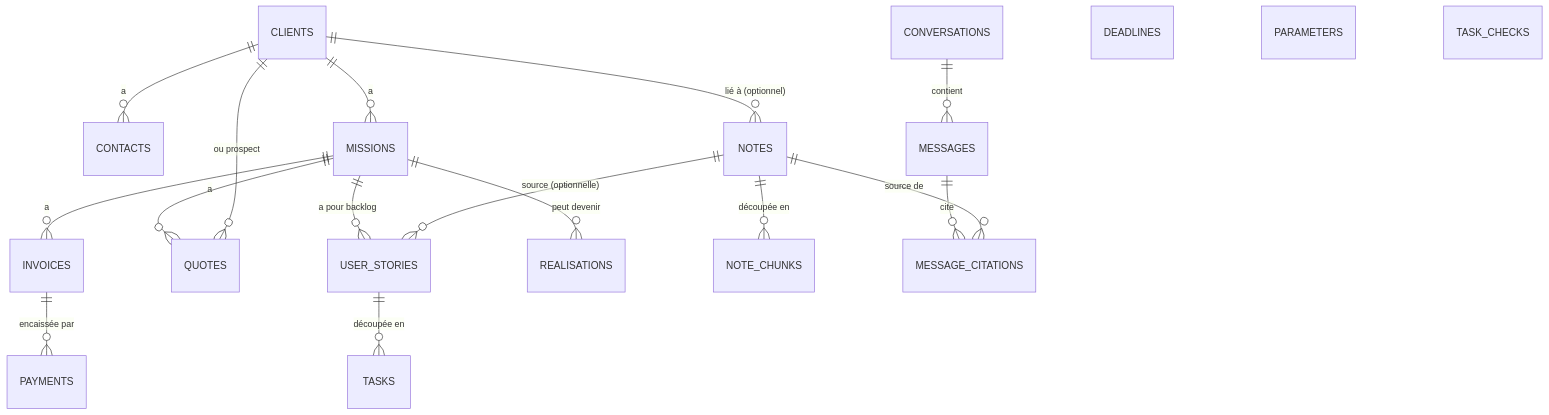
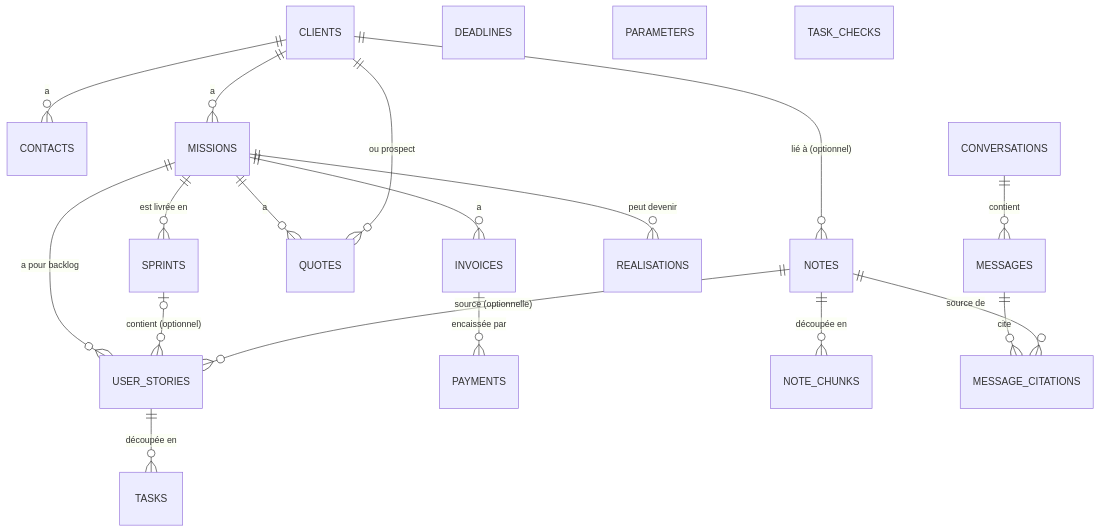
One commit to alexpericat-dotcom/logmerry changed the third of 4 diagrams in _bmad-output/planning-artifacts/architecture/architecture-logmerry-2026-10-12/ARCHITECTURE-SPINE.md. Above: the diagram before and after it, drawn with Mermaid. The commit also changed other lines of this file and 3 other files, not shown here.

Commit message:
docs: architecture covers sprints, story 1.4 and UX summary follow DESIGN.md

````diff
--- a/_bmad-output/planning-artifacts/architecture/architecture-logmerry-2026-10-12/ARCHITECTURE-SPINE.md
+++ b/_bmad-output/planning-artifacts/architecture/architecture-logmerry-2026-10-12/ARCHITECTURE-SPINE.md
@@ -159,21 +161,23 @@
 ```mermaid
 erDiagram
   CLIENTS ||--o{ CONTACTS : a
   CLIENTS ||--o{ MISSIONS : a
   CLIENTS ||--o{ NOTES : "lié à (optionnel)"
   MISSIONS ||--o{ USER_STORIES : "a pour backlog"
+  MISSIONS ||--o{ SPRINTS : "est livrée en"
+  SPRINTS |o--o{ USER_STORIES : "contient (optionnel)"
   USER_STORIES ||--o{ TASKS : "découpée en"
   NOTES ||--o{ USER_STORIES : "source (optionnelle)"
   MISSIONS ||--o{ QUOTES : a
   CLIENTS ||--o{ QUOTES : "ou prospect"
   MISSIONS ||--o{ INVOICES : a
   INVOICES ||--o{ PAYMENTS : "encaissée par"
   MISSIONS ||--o{ REALISATIONS : "peut devenir"
   NOTES ||--o{ NOTE_CHUNKS : "découpée en"
   CONVERSATIONS ||--o{ MESSAGES : contient
   MESSAGES ||--o{ MESSAGE_CITATIONS : cite
   NOTES ||--o{ MESSAGE_CITATIONS : "source de"
   DEADLINES
   PARAMETERS
   TASK_CHECKS
 ```
````
